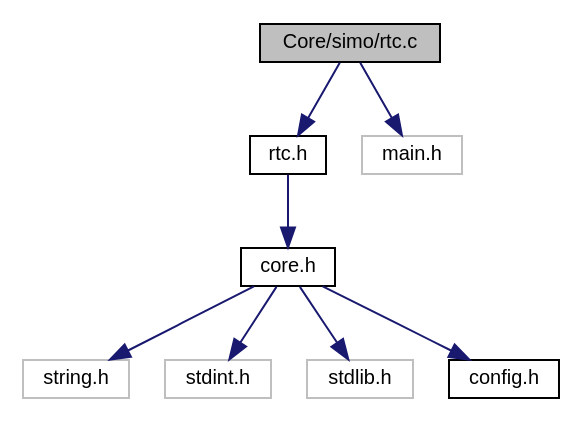
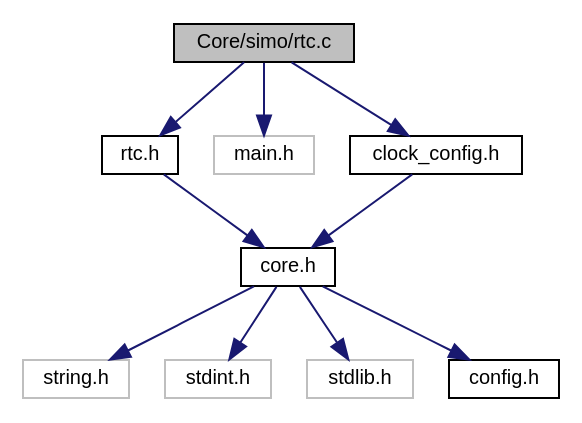
The diagram in docs/rtc_8c__incl.dot (Germanvelardez2018/SIMO-STM32-framework), drawn with Graphviz before and after one commit. The commit also changed 46 other files, not shown here.

```diff
--- a/docs/rtc_8c__incl.dot
+++ b/docs/rtc_8c__incl.dot
@@ -1,21 +1,24 @@
 digraph "Core/simo/rtc.c"
 {
  // LATEX_PDF_SIZE
   edge [fontname="Helvetica",fontsize="10",labelfontname="Helvetica",labelfontsize="10"];
   node [fontname="Helvetica",fontsize="10",shape=record];
   Node1 [label="Core/simo/rtc.c",height=0.2,width=0.4,color="black", fillcolor="grey75", style="filled", fontcolor="black",tooltip=" "];
   Node1 -> Node2 [color="midnightblue",fontsize="10",style="solid",fontname="Helvetica"];
   Node2 [label="rtc.h",height=0.2,width=0.4,color="black", fillcolor="white", style="filled",URL="$rtc_8h.html",tooltip="Abstracion para utilizar el hardware RTC."];
   Node2 -> Node3 [color="midnightblue",fontsize="10",style="solid",fontname="Helvetica"];
   Node3 [label="core.h",height=0.2,width=0.4,color="black", fillcolor="white", style="filled",URL="$core_8h.html",tooltip=" "];
   Node3 -> Node4 [color="midnightblue",fontsize="10",style="solid",fontname="Helvetica"];
   Node4 [label="string.h",height=0.2,width=0.4,color="grey75", fillcolor="white", style="filled",tooltip=" "];
   Node3 -> Node5 [color="midnightblue",fontsize="10",style="solid",fontname="Helvetica"];
   Node5 [label="stdint.h",height=0.2,width=0.4,color="grey75", fillcolor="white", style="filled",tooltip=" "];
   Node3 -> Node6 [color="midnightblue",fontsize="10",style="solid",fontname="Helvetica"];
   Node6 [label="stdlib.h",height=0.2,width=0.4,color="grey75", fillcolor="white", style="filled",tooltip=" "];
   Node3 -> Node7 [color="midnightblue",fontsize="10",style="solid",fontname="Helvetica"];
   Node7 [label="config.h",height=0.2,width=0.4,color="black", fillcolor="white", style="filled",URL="$config_8h.html",tooltip=" "];
   Node1 -> Node8 [color="midnightblue",fontsize="10",style="solid",fontname="Helvetica"];
   Node8 [label="main.h",height=0.2,width=0.4,color="grey75", fillcolor="white", style="filled",tooltip=" "];
+  Node1 -> Node9 [color="midnightblue",fontsize="10",style="solid",fontname="Helvetica"];
+  Node9 [label="clock_config.h",height=0.2,width=0.4,color="black", fillcolor="white", style="filled",URL="$clock__config_8h.html",tooltip=" "];
+  Node9 -> Node3 [color="midnightblue",fontsize="10",style="solid",fontname="Helvetica"];
 }
```
